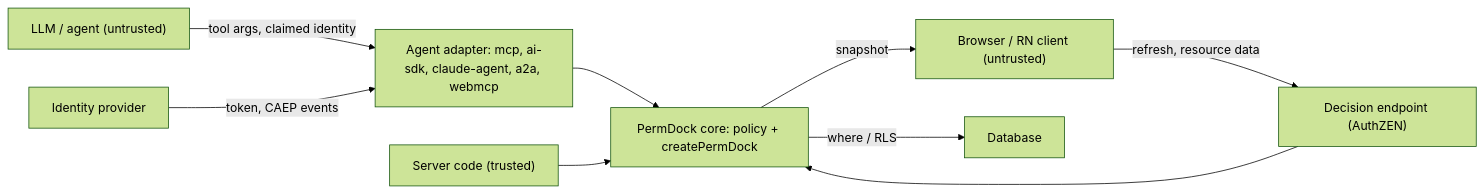
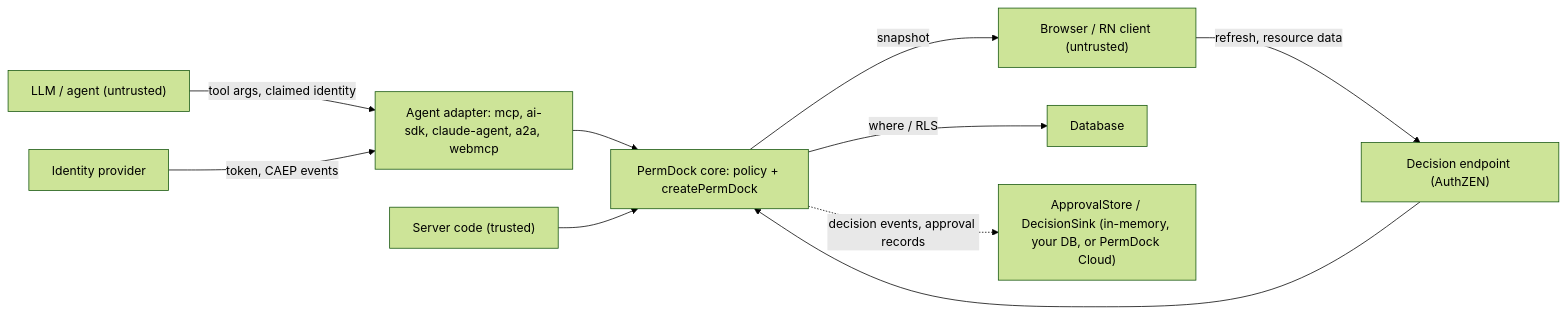
One commit to ScaleDockHQ/permdock changed the diagram in apps/docs/content/docs/security/threat-model.mdx. Above: the diagram before and after it, drawn with Mermaid (forest theme). The commit also changed other lines of this file and 69 other files, not shown here.

````diff
--- a/apps/docs/content/docs/security/threat-model.mdx
+++ b/apps/docs/content/docs/security/threat-model.mdx
@@ -19,11 +19,12 @@
 ```mermaid
 flowchart LR
   Model["LLM / agent (untrusted)"] -->|tool args, claimed identity| Adapter["Agent adapter: mcp, ai-sdk, claude-agent, a2a, webmcp"]
   Client["Browser / RN client (untrusted)"] -->|refresh, resource data| Endpoint["Decision endpoint (AuthZEN)"]
   Adapter --> Core["PermDock core: policy + createPermDock"]
   Endpoint --> Core
   Server["Server code (trusted)"] --> Core
   Core -->|snapshot| Client
   Core -->|where / RLS| DB["Database"]
+  Core -.->|decision events, approval records| Store["ApprovalStore / DecisionSink (in-memory, your DB, or PermDock Cloud)"]
   IdP["Identity provider"] -->|token, CAEP events| Adapter
 ```
````
